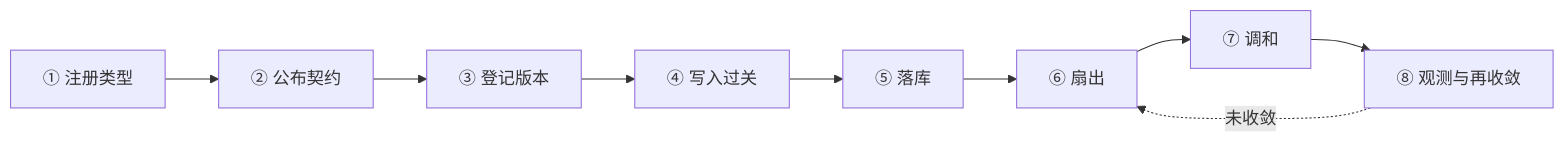
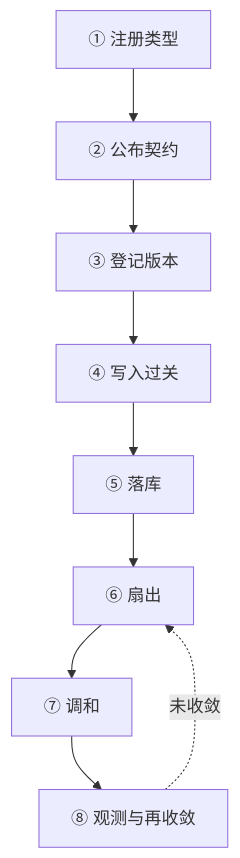
One commit to realtyz/ops-manual changed the diagram in Kubernetes/03_扩展机制与API治理/05_体系_一个外部类型从注册到被约束.md. Above: the diagram before and after it, drawn with Mermaid. The commit also changed 1 other file, not shown here.

Commit message:
style: 统一 Kubernetes 第 03 章的图表写法
05_体系篇的 Mermaid 图类型去掉方向限定（flowchart LR 改为 flowchart），01_原理篇的表格分隔行宽度随内容对齐。

````diff
--- a/Kubernetes/03_扩展机制与API治理/05_体系_一个外部类型从注册到被约束.md
+++ b/Kubernetes/03_扩展机制与API治理/05_体系_一个外部类型从注册到被约束.md
@@ -15,11 +15,11 @@
 ```mermaid
-flowchart LR
+flowchart
   A["① 注册类型"] --> B["② 公布契约"]
   B --> C["③ 登记版本"]
   C --> D["④ 写入过关"]
   D --> E["⑤ 落库"]
   E --> F["⑥ 扇出"]
   F --> G["⑦ 调和"]
   G --> H["⑧ 观测与再收敛"]
   H -.->|"未收敛"| F
 ```
````
